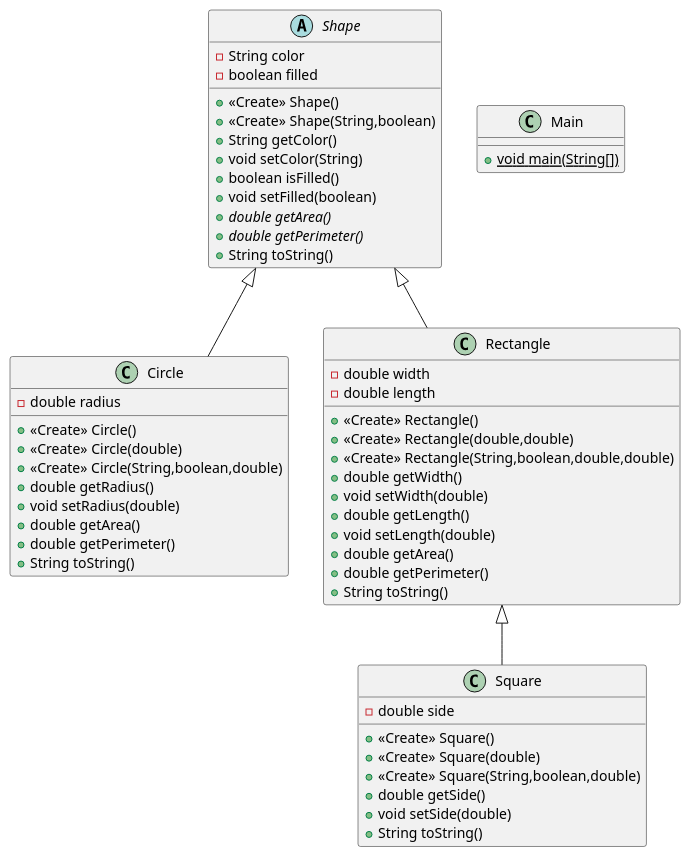
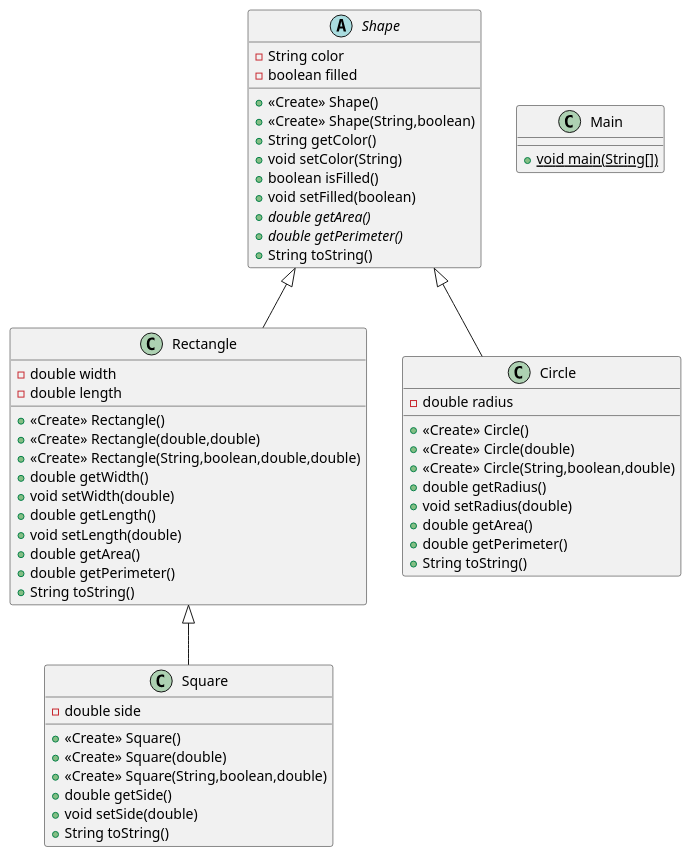
Before and after one commit to AnaGabyy/parcial2: the diagram in parcial2.puml, drawn with PlantUML. The commit also changed other lines of this file and 2 other files, not shown here.

```diff
--- a/parcial2.puml
+++ b/parcial2.puml
@@ -1,57 +1,57 @@
 @startuml
-class Circle {
-- double radius
-+ <<Create>> Circle()
-+ <<Create>> Circle(double)
-+ <<Create>> Circle(String,boolean,double)
-+ double getRadius()
-+ void setRadius(double)
+class Square {
+- double side
++ <<Create>> Square()
++ <<Create>> Square(double)
++ <<Create>> Square(String,boolean,double)
++ double getSide()
++ void setSide(double)
++ String toString()
+}
+class Rectangle {
+- double width
+- double length
++ <<Create>> Rectangle()
++ <<Create>> Rectangle(double,double)
++ <<Create>> Rectangle(String,boolean,double,double)
++ double getWidth()
++ void setWidth(double)
++ double getLength()
++ void setLength(double)
 + double getArea()
 + double getPerimeter()
 + String toString()
 }
 abstract class Shape {
 - String color
 - boolean filled
 + <<Create>> Shape()
 + <<Create>> Shape(String,boolean)
 + String getColor()
 + void setColor(String)
 + boolean isFilled()
 + void setFilled(boolean)
 + {abstract}double getArea()
 + {abstract}double getPerimeter()
 + String toString()
 }
-class Rectangle {
-- double width
-- double length
-+ <<Create>> Rectangle()
-+ <<Create>> Rectangle(double,double)
-+ <<Create>> Rectangle(String,boolean,double,double)
-+ double getWidth()
-+ void setWidth(double)
-+ double getLength()
-+ void setLength(double)
+class Circle {
+- double radius
++ <<Create>> Circle()
++ <<Create>> Circle(double)
++ <<Create>> Circle(String,boolean,double)
++ double getRadius()
++ void setRadius(double)
 + double getArea()
 + double getPerimeter()
 + String toString()
 }
 class Main {
 + {static} void main(String[])
 }
-class Square {
-- double side
-+ <<Create>> Square()
-+ <<Create>> Square(double)
-+ <<Create>> Square(String,boolean,double)
-+ double getSide()
-+ void setSide(double)
-+ String toString()
-}
 
 
+Rectangle <|-- Square
+Shape <|-- Rectangle
 Shape <|-- Circle
-Shape <|-- Rectangle
-Rectangle <|-- Square
 @enduml
```
